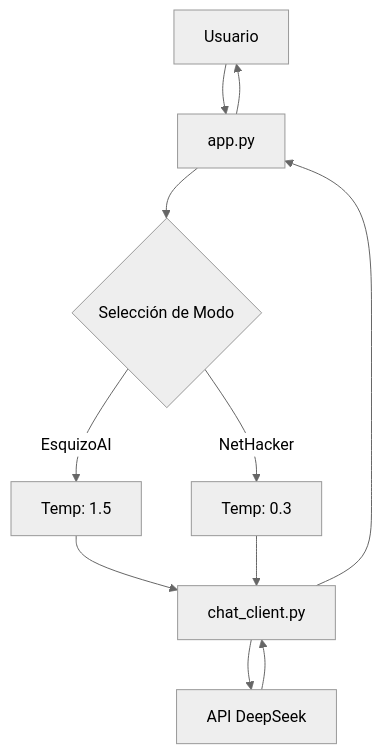
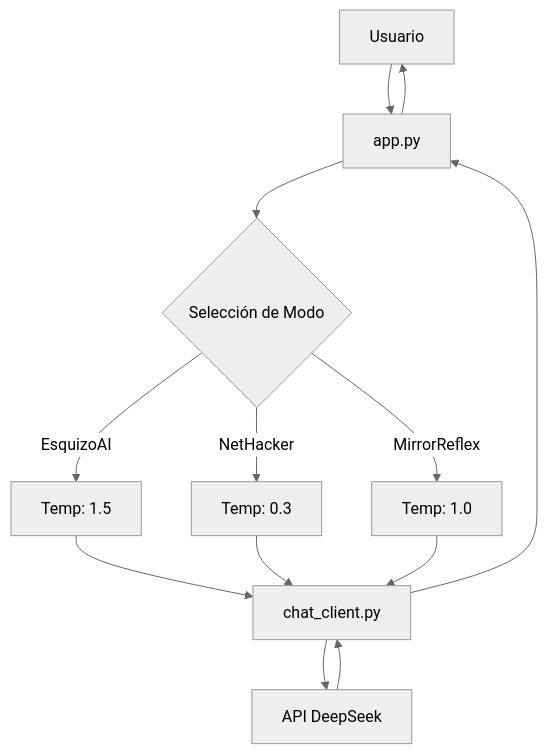
One commit to ELLokoAkrata/esquizoAI-deepseek changed the diagram in docs/technical.md. Above: the diagram before and after it, drawn with Mermaid (neutral theme). The commit also changed other lines of this file and 5 other files, not shown here.

Commit message:
Add MirrorReflex mode

````diff
--- a/docs/technical.md
+++ b/docs/technical.md
@@ -243,13 +254,15 @@
 ```mermaid
 graph TD
     A[Usuario] --> B[app.py]
     B --> C{Selección de Modo}
     C -->|EsquizoAI| D[Temp: 1.5]
     C -->|NetHacker| E[Temp: 0.3]
+    C -->|MirrorReflex| M[Temp: 1.0]
     D --> F[chat_client.py]
     E --> F
+    M --> F
     F --> G[API DeepSeek]
     G --> F
     F --> B
     B --> A
 ```
````
